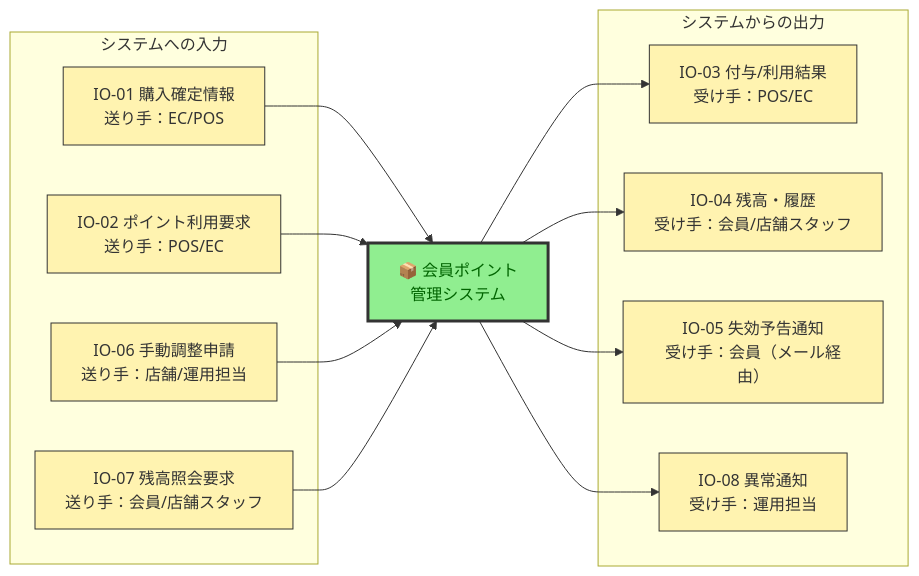
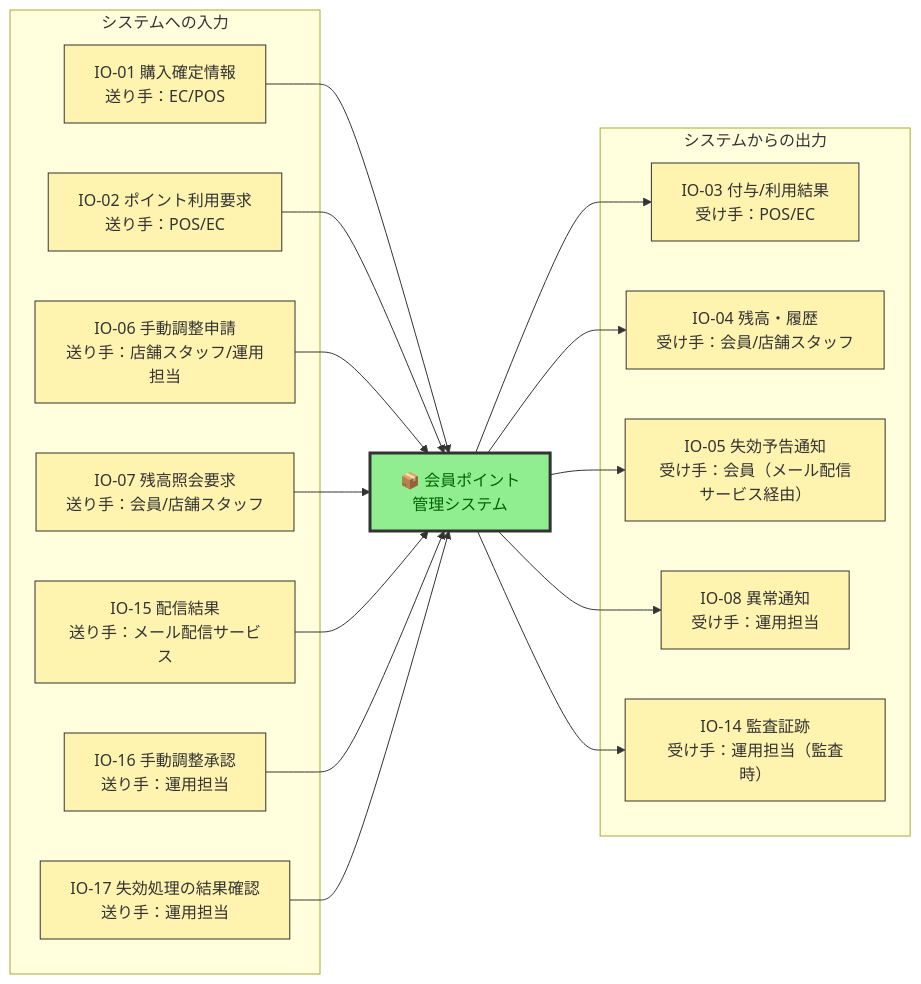
The second of 9 diagrams in samples/docs/requirements.md (kasiopeiya/claude-dev-template), drawn with Mermaid before and after one commit. The commit also changed other lines of this file and 1 other file, not shown here.

````diff
--- a/samples/docs/requirements.md
+++ b/samples/docs/requirements.md
@@ -294,29 +385,37 @@
 ```mermaid
 flowchart LR
     subgraph IN["システムへの入力"]
       i1["IO-01 購入確定情報<br/>送り手：EC/POS"]
       i2["IO-02 ポイント利用要求<br/>送り手：POS/EC"]
-      i6["IO-06 手動調整申請<br/>送り手：店舗/運用担当"]
+      i6["IO-06 手動調整申請<br/>送り手：店舗スタッフ/運用担当"]
       i7["IO-07 残高照会要求<br/>送り手：会員/店舗スタッフ"]
+      i15["IO-15 配信結果<br/>送り手：メール配信サービス"]
+      i16["IO-16 手動調整承認<br/>送り手：運用担当"]
+      i17["IO-17 失効処理の結果確認<br/>送り手：運用担当"]
     end
     sys["📦 会員ポイント<br/>管理システム"]
     subgraph OUT["システムからの出力"]
       o3["IO-03 付与/利用結果<br/>受け手：POS/EC"]
       o4["IO-04 残高・履歴<br/>受け手：会員/店舗スタッフ"]
-      o5["IO-05 失効予告通知<br/>受け手：会員（メール経由）"]
+      o5["IO-05 失効予告通知<br/>受け手：会員（メール配信サービス経由）"]
       o8["IO-08 異常通知<br/>受け手：運用担当"]
+      o14["IO-14 監査証跡<br/>受け手：運用担当（監査時）"]
     end
     i1 --> sys
     i2 --> sys
     i6 --> sys
     i7 --> sys
+    i15 --> sys
+    i16 --> sys
+    i17 --> sys
     sys --> o3
     sys --> o4
     sys --> o5
     sys --> o8
+    sys --> o14
 
     classDef internal fill:#90EE90,stroke:#333,stroke-width:3px,color:darkgreen
     classDef io fill:#FFF3B0,stroke:#333,stroke-width:1px,color:#333
     class sys internal
-    class i1,i2,i6,i7,o3,o4,o5,o8 io
+    class i1,i2,i6,i7,i15,i16,i17,o3,o4,o5,o8,o14 io
 ```
````
